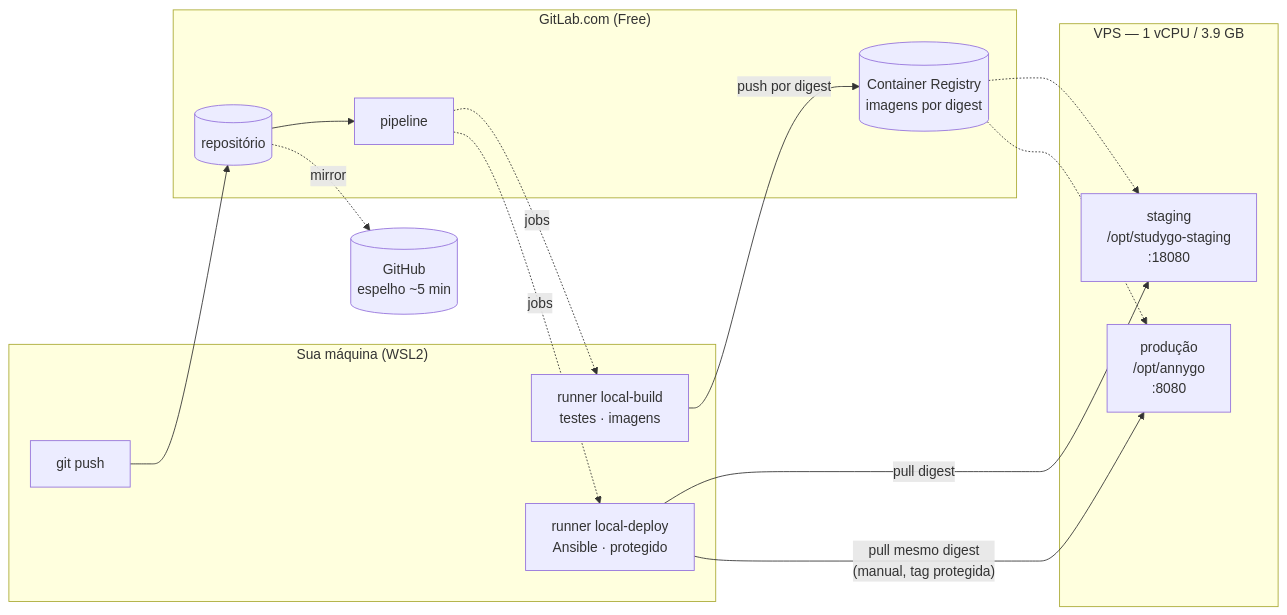
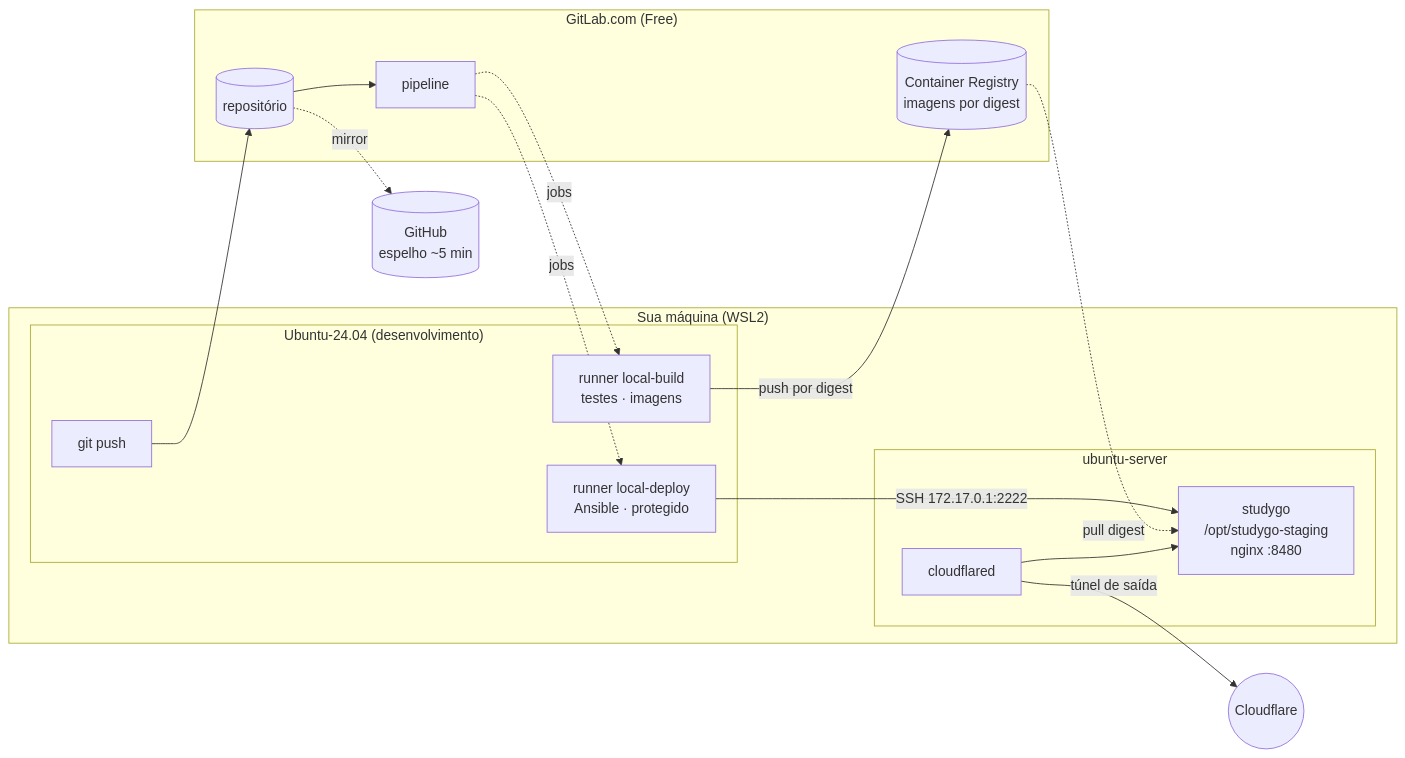
Before and after one commit to caetasousa/studygo: the diagram in docs/ci-cd.md, drawn with Mermaid. The commit also changed other lines of this file and 31 other files, not shown here.

First line of the commit message:
chore(deploy): remove a VPS e a produção; servidor próprio no WSL documentado

````diff
--- a/docs/ci-cd.md
+++ b/docs/ci-cd.md
@@ -308,31 +269,33 @@
 ```mermaid
 flowchart LR
     subgraph SUA["Sua máquina (WSL2)"]
-        DEV[git push]
-        RB["runner local-build<br/>testes · imagens"]
-        RD["runner local-deploy<br/>Ansible · protegido"]
+        subgraph DEVD["Ubuntu-24.04 (desenvolvimento)"]
+            DEV[git push]
+            RB["runner local-build<br/>testes · imagens"]
+            RD["runner local-deploy<br/>Ansible · protegido"]
+        end
+        subgraph SRV["ubuntu-server"]
+            STG["studygo<br/>/opt/studygo-staging<br/>nginx :8480"]
+            CF[cloudflared]
+        end
     end
 
     subgraph GL["GitLab.com (Free)"]
         REPO[(repositório)]
         PIPE[pipeline]
         REG[("Container Registry<br/>imagens por digest")]
     end
 
-    subgraph VPS["VPS — 1 vCPU / 3.9 GB"]
-        STG["staging<br/>/opt/studygo-staging<br/>:18080"]
-        PRD["produção<br/>/opt/annygo<br/>:8080"]
-    end
-
     GH[(GitHub<br/>espelho ~5 min)]
+    CFE(("Cloudflare"))
 
     DEV --> REPO --> PIPE
     PIPE -.jobs.-> RB
     PIPE -.jobs.-> RD
     RB -- push por digest --> REG
     REPO -.mirror.-> GH
-    RD -- pull digest --> STG
-    RD -- "pull mesmo digest<br/>(manual, tag protegida)" --> PRD
-    REG -.-> STG
-    REG -.-> PRD
+    RD -- "SSH 172.17.0.1:2222" --> STG
+    REG -.pull digest.-> STG
+    CF -- túnel de saída --> CFE
+    CF --> STG
 ```
````
